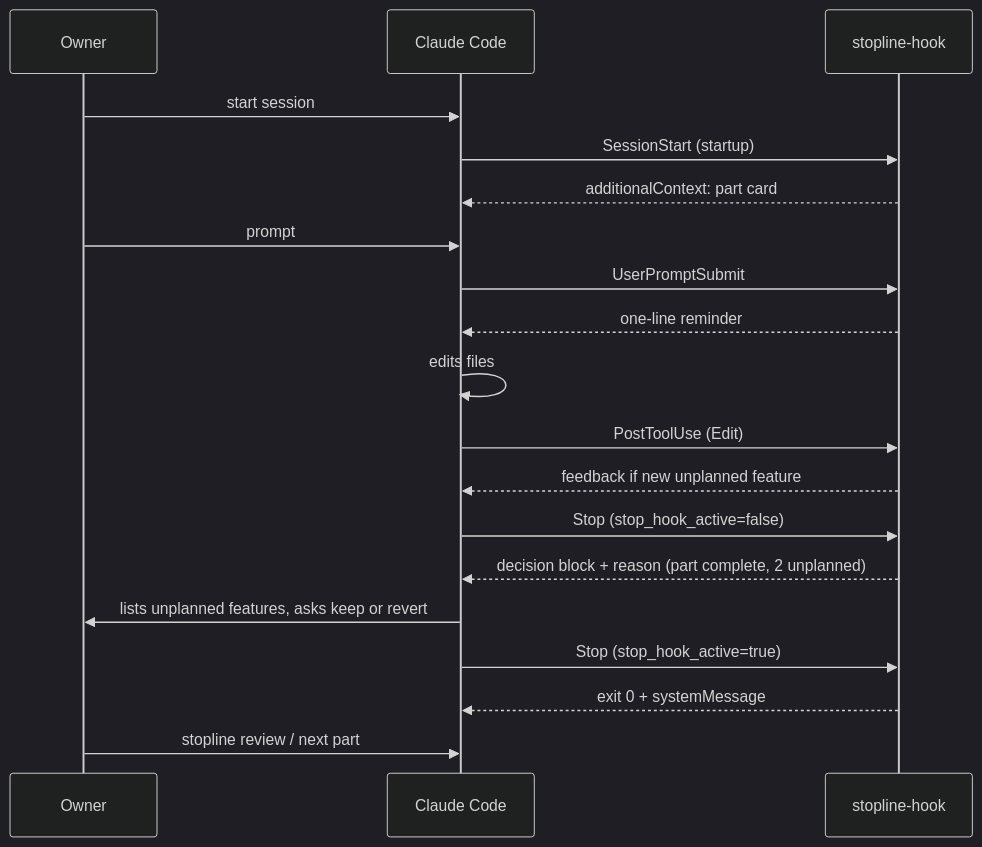
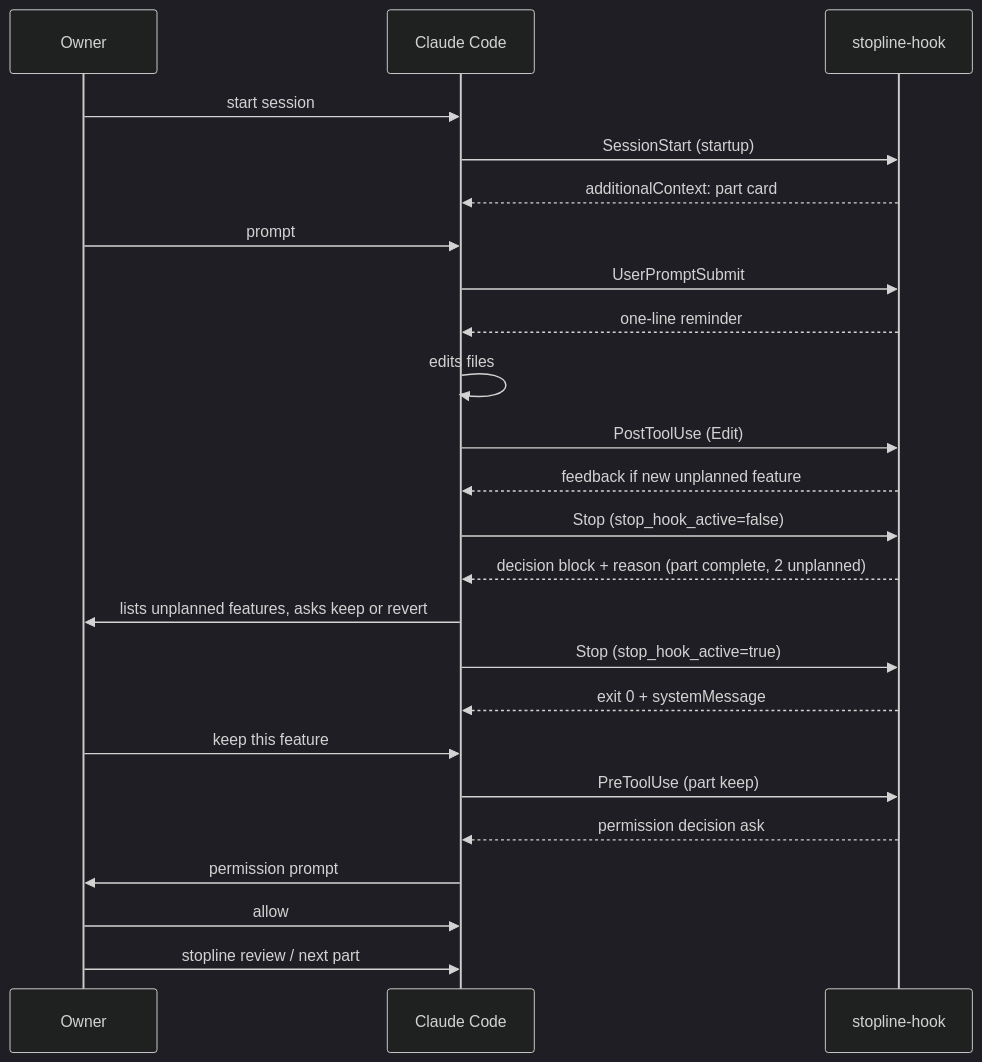
Before and after one commit to Webs4Dev/stopline: the fifth of 5 diagrams in docs/specs/stopline-spec.md, drawn with Mermaid (dark theme). The commit also changed other lines of this file and 1 other file, not shown here.

First line of the commit message:
docs: let an agent run part keep through a permission prompt

````diff
--- a/docs/specs/stopline-spec.md
+++ b/docs/specs/stopline-spec.md
@@ -568,21 +568,26 @@
 ```mermaid
 sequenceDiagram
   participant O as Owner
   participant A as Claude Code
   participant H as stopline-hook
   O->>A: start session
   A->>H: SessionStart (startup)
   H-->>A: additionalContext: part card
   O->>A: prompt
   A->>H: UserPromptSubmit
   H-->>A: one-line reminder
   A->>A: edits files
   A->>H: PostToolUse (Edit)
   H-->>A: feedback if new unplanned feature
   A->>H: Stop (stop_hook_active=false)
   H-->>A: decision block + reason (part complete, 2 unplanned)
   A->>O: lists unplanned features, asks keep or revert
   A->>H: Stop (stop_hook_active=true)
   H-->>A: exit 0 + systemMessage
+  O->>A: keep this feature
+  A->>H: PreToolUse (part keep)
+  H-->>A: permission decision ask
+  A->>O: permission prompt
+  O->>A: allow
   O->>A: stopline review / next part
 ```
````
